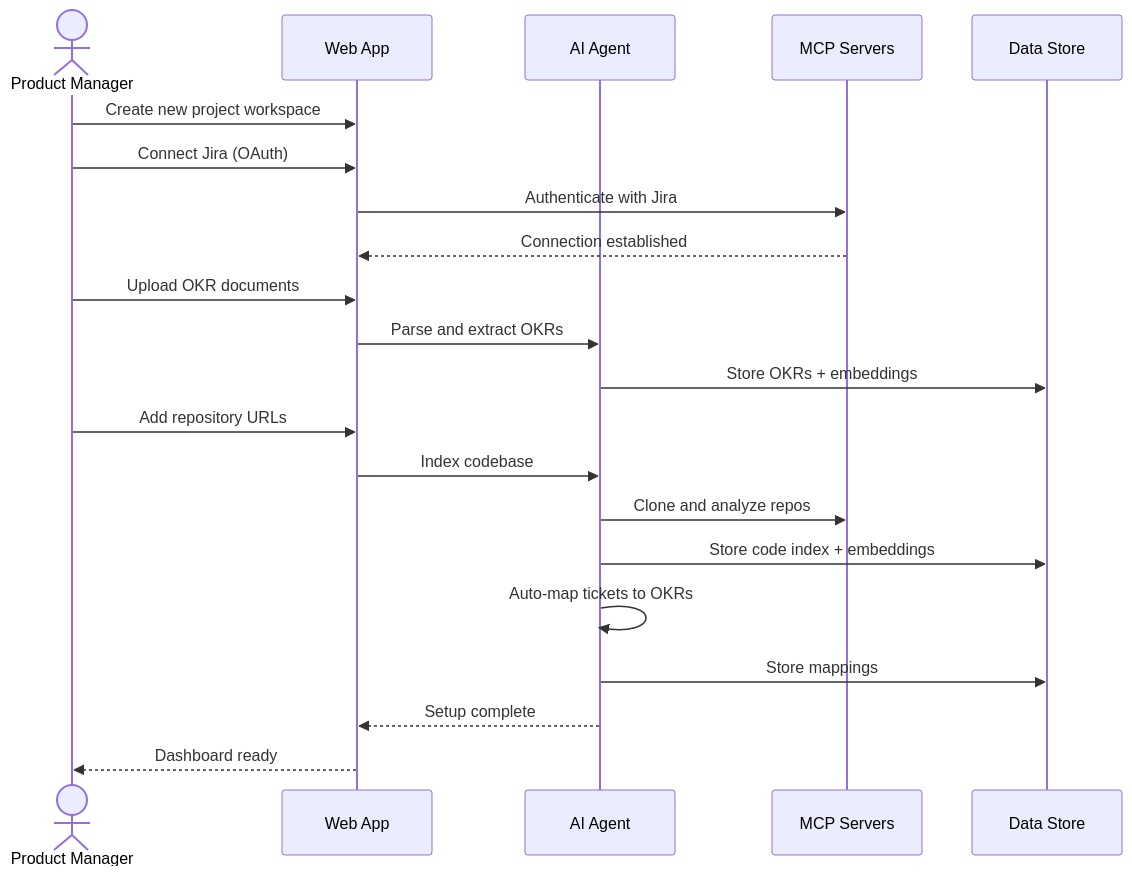
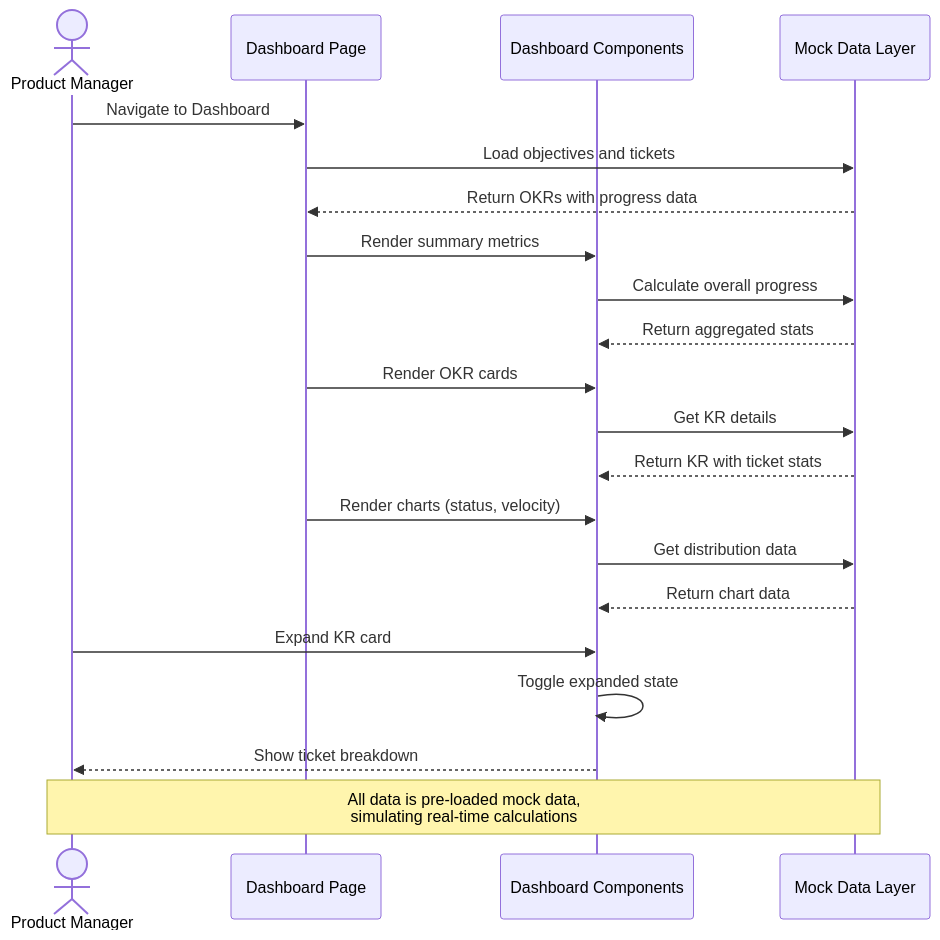
One commit to sanchit-quinnox/AI4PMs changed the third of 7 diagrams in writeup.md. Above: the diagram before and after it, drawn with Mermaid. The commit also changed other lines of this file, not shown here.

````diff
--- a/writeup.md
+++ b/writeup.md
@@ -524,27 +555,29 @@
 ```mermaid
 sequenceDiagram
     actor PM as Product Manager
-    participant UI as Web App
-    participant Agent as AI Agent
-    participant MCP as MCP Servers
-    participant Store as Data Store
+    participant UI as Dashboard Page
+    participant Components as Dashboard Components
+    participant Data as Mock Data Layer
 
-    PM->>UI: Create new project workspace
-    PM->>UI: Connect Jira (OAuth)
-    UI->>MCP: Authenticate with Jira
-    MCP-->>UI: Connection established
+    PM->>UI: Navigate to Dashboard
+    UI->>Data: Load objectives and tickets
+    Data-->>UI: Return OKRs with progress data
     
-    PM->>UI: Upload OKR documents
-    UI->>Agent: Parse and extract OKRs
-    Agent->>Store: Store OKRs + embeddings
+    UI->>Components: Render summary metrics
+    Components->>Data: Calculate overall progress
+    Data-->>Components: Return aggregated stats
     
-    PM->>UI: Add repository URLs
-    UI->>Agent: Index codebase
-    Agent->>MCP: Clone and analyze repos
-    Agent->>Store: Store code index + embeddings
+    UI->>Components: Render OKR cards
+    Components->>Data: Get KR details
+    Data-->>Components: Return KR with ticket stats
     
-    Agent->>Agent: Auto-map tickets to OKRs
-    Agent->>Store: Store mappings
-    Agent-->>UI: Setup complete
-    UI-->>PM: Dashboard ready
+    UI->>Components: Render charts (status, velocity)
+    Components->>Data: Get distribution data
+    Data-->>Components: Return chart data
+    
+    PM->>Components: Expand KR card
+    Components->>Components: Toggle expanded state
+    Components-->>PM: Show ticket breakdown
+    
+    Note over PM,Data: All data is pre-loaded mock data,<br/>simulating real-time calculations
 ```
````
